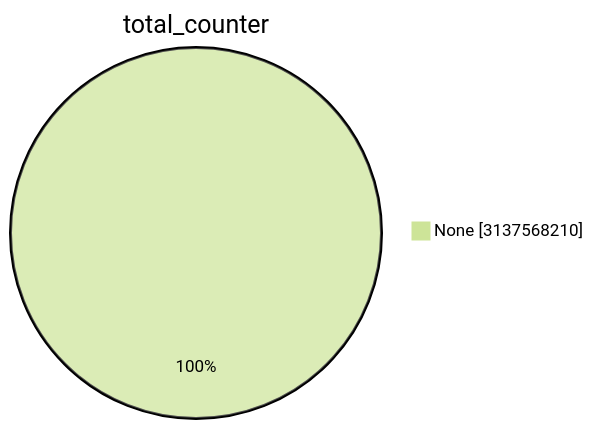
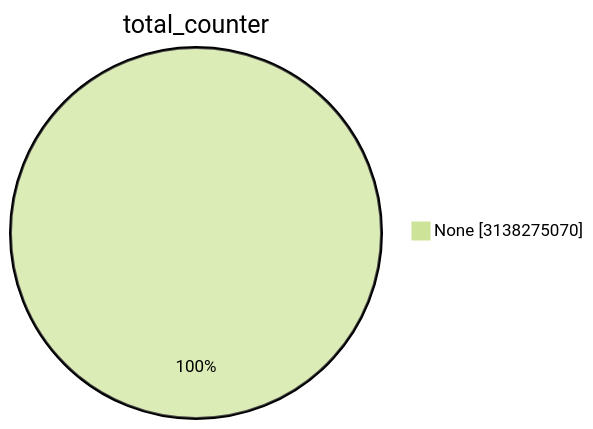
Before and after one commit to christiankrug/ctmonitor_visualization: the first of 15 diagrams in TOTAL/README.md, drawn with Mermaid (forest theme). The commit also changed other lines of this file, not shown here.

````diff
--- a/TOTAL/README.md
+++ b/TOTAL/README.md
@@ -1,5 +1,5 @@
 ```mermaid
 pie showData
 title total_counter
-"None" :3137568210
+"None" :3138275070
 ```
````
